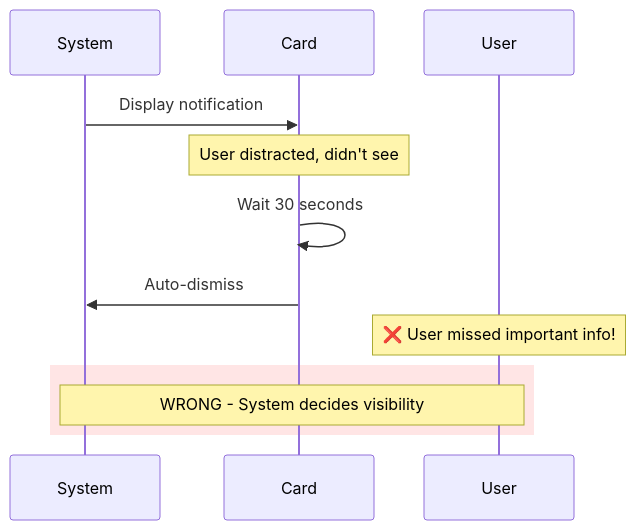
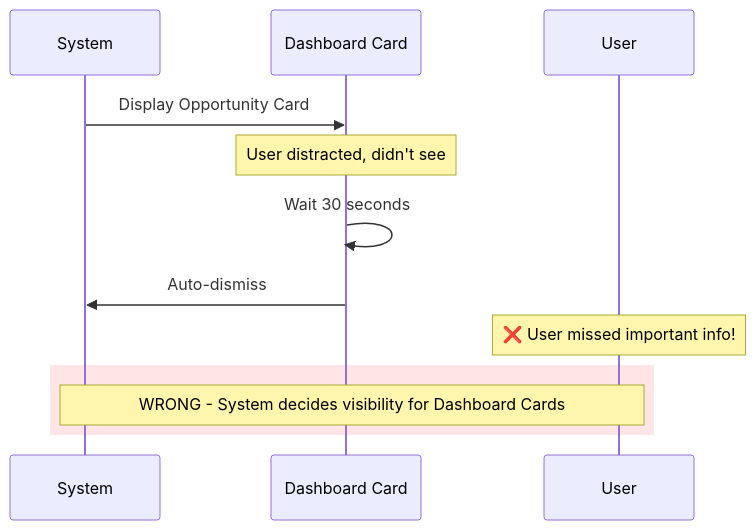
One commit to y-core-engineering/fidus changed diagram 11 of 18 in docs/ux-ui-design/00-ai-driven-ui-paradigm.md. Above: the diagram before and after it, drawn with Mermaid. The commit also changed other lines of this file and 235 other files, not shown here.

First line of the commit message:
feat(design-system): implement Slice 3-8 - Form Components, Navigation, Architecture & Improvements (#7)

````diff
--- a/docs/ux-ui-design/00-ai-driven-ui-paradigm.md
+++ b/docs/ux-ui-design/00-ai-driven-ui-paradigm.md
@@ -361,16 +377,16 @@
 ```mermaid
 sequenceDiagram
     participant System
-    participant Card
+    participant DashboardCard as Dashboard Card
     participant User
 
-    System->>Card: Display notification
-    Note over Card: User distracted, didn't see
-    Card->>Card: Wait 30 seconds
-    Card->>System: Auto-dismiss
+    System->>DashboardCard: Display Opportunity Card
+    Note over DashboardCard: User distracted, didn't see
+    DashboardCard->>DashboardCard: Wait 30 seconds
+    DashboardCard->>System: Auto-dismiss
     Note over User: ❌ User missed important info!
 
     rect rgba(255, 0, 0, 0.1)
-    Note over System,User: WRONG - System decides visibility
+    Note over System,User: WRONG - System decides visibility for Dashboard Cards
     end
 ```
````
